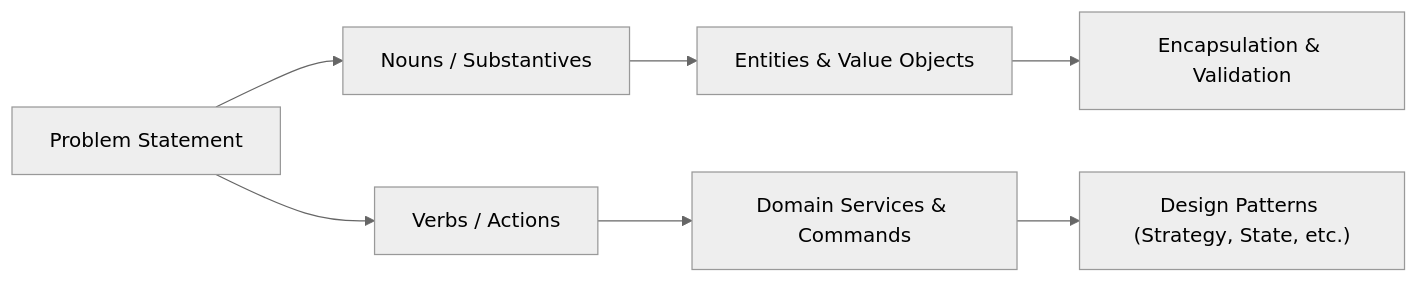
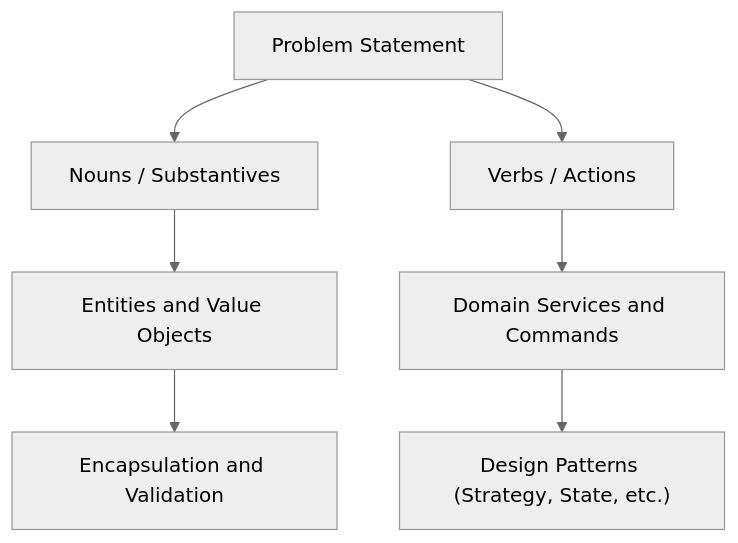
Before and after one commit to dip4k/DSA_102: the fourth of 4 diagrams in LLD/00_Core_Concepts/06_Interview_Execution_Framework.md, drawn with Mermaid (neutral theme). The commit also changed other lines of this file and 191 other files, not shown here.

````diff
--- a/LLD/00_Core_Concepts/06_Interview_Execution_Framework.md
+++ b/LLD/00_Core_Concepts/06_Interview_Execution_Framework.md
@@ -139,9 +139,9 @@
 ```mermaid
-flowchart LR
+flowchart TD
     Text["Problem Statement"] --> Nouns["Nouns / Substantives"]
     Text --> Verbs["Verbs / Actions"]
-    Nouns --> Entities["Entities & Value Objects"]
-    Verbs --> Services["Domain Services & Commands"]
-    Entities --> Invariants["Encapsulation & Validation"]
+    Nouns --> Entities["Entities and Value Objects"]
+    Verbs --> Services["Domain Services and Commands"]
+    Entities --> Invariants["Encapsulation and Validation"]
     Services --> Patterns["Design Patterns (Strategy, State, etc.)"]
 ```
````
